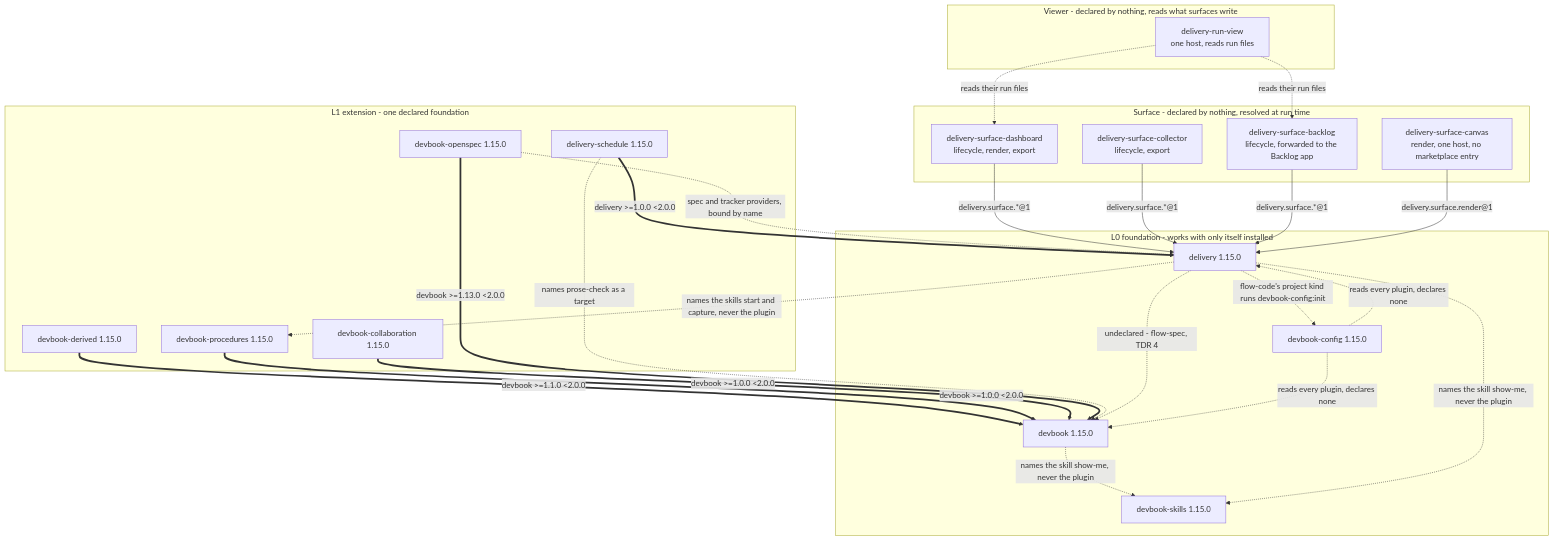
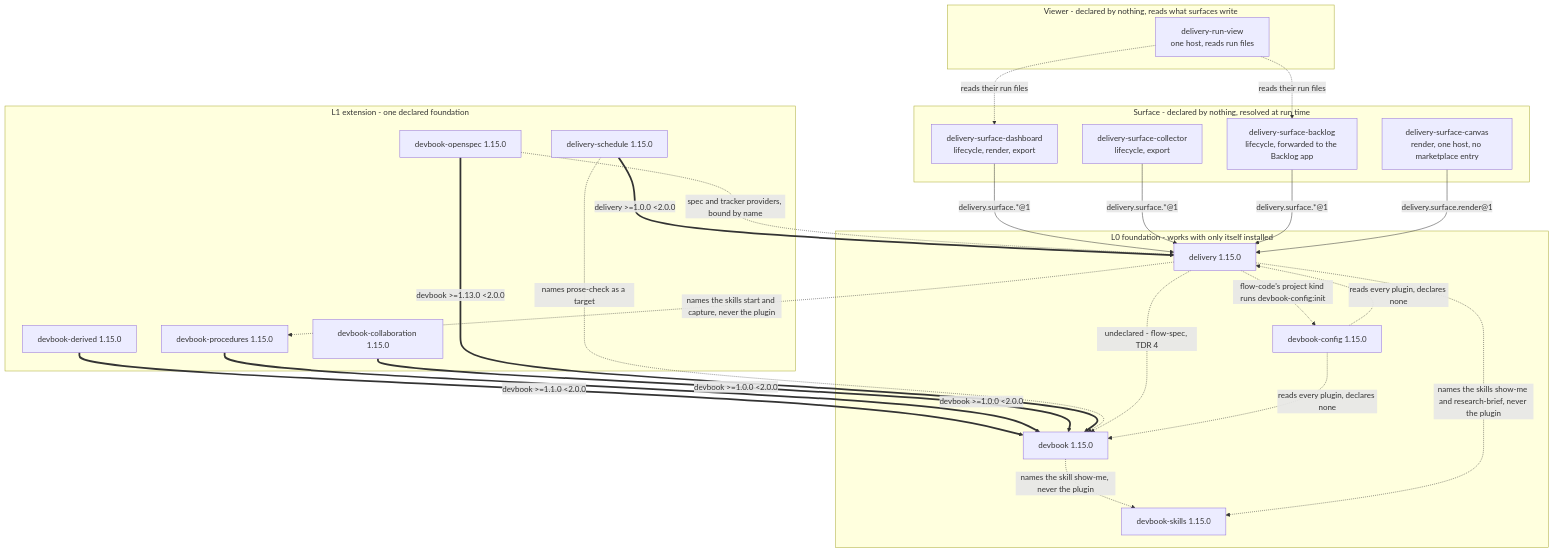
One commit to JSdotNet/ai-agent-stack changed the first of 3 diagrams in .devbook/arc42/05-building-block-view.md. Above: the diagram before and after it, drawn with Mermaid. The commit also changed 11 other files, not shown here.

First line of the commit message:
devbook-skills: add research-brief, named by delivery's scope and drafting

````diff
--- a/.devbook/arc42/05-building-block-view.md
+++ b/.devbook/arc42/05-building-block-view.md
@@ -29,51 +29,51 @@
 ```mermaid
 flowchart TB
     subgraph L0["L0 foundation - works with only itself installed"]
         DEV["devbook 1.15.0"]
         DEL["delivery 1.15.0"]
         CFG["devbook-config 1.15.0"]
         SKL["devbook-skills 1.15.0"]
     end
 
     subgraph L1["L1 extension - one declared foundation"]
         DBD["devbook-derived 1.15.0"]
         DPR["devbook-procedures 1.15.0"]
         DBC["devbook-collaboration 1.15.0"]
         DOS["devbook-openspec 1.15.0"]
         SCH["delivery-schedule 1.15.0"]
     end
 
     subgraph SURF["Surface - declared by nothing, resolved at run time"]
         SD["delivery-surface-dashboard<br/>lifecycle, render, export"]
         SL["delivery-surface-collector<br/>lifecycle, export"]
         SB["delivery-surface-backlog<br/>lifecycle, forwarded to the Backlog app"]
         SC["delivery-surface-canvas<br/>render, one host, no marketplace entry"]
     end
 
     subgraph VIEW["Viewer - declared by nothing, reads what surfaces write"]
         RV["delivery-run-view<br/>one host, reads run files"]
     end
 
     DBD ==>|"devbook >=1.1.0 &lt;2.0.0"| DEV
     DPR ==>|"devbook >=1.0.0 &lt;2.0.0"| DEV
     DBC ==>|"devbook >=1.0.0 &lt;2.0.0"| DEV
     DOS ==>|"devbook >=1.13.0 &lt;2.0.0"| DEV
     SCH ==>|"delivery >=1.0.0 &lt;2.0.0"| DEL
 
     SD -->|"delivery.surface.*@1"| DEL
     SL -->|"delivery.surface.*@1"| DEL
     SB -->|"delivery.surface.*@1"| DEL
     SC -->|"delivery.surface.render@1"| DEL
     RV -.->|"reads their run files"| SD
     RV -.->|"reads their run files"| SB
 
     SCH -.->|"names prose-check as a target"| DEV
     DEL -.->|"undeclared - flow-spec, TDR 4"| DEV
     DEL -.->|"names the skills start and capture, never the plugin"| DPR
     CFG -.->|"reads every plugin, declares none"| DEV
     CFG -.->|"reads every plugin, declares none"| DEL
     DEL -.->|"flow-code's project kind runs devbook-config:init"| CFG
     DOS -.->|"spec and tracker providers, bound by name"| DEL
     DEV -.->|"names the skill show-me, never the plugin"| SKL
-    DEL -.->|"names the skill show-me, never the plugin"| SKL
+    DEL -.->|"names the skills show-me and research-brief, never the plugin"| SKL
 ```
````
